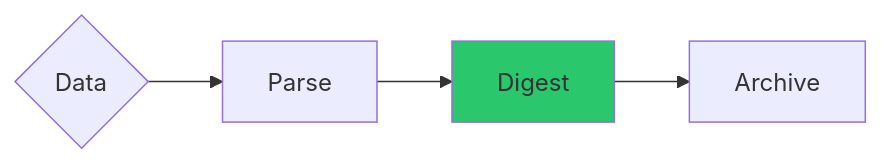
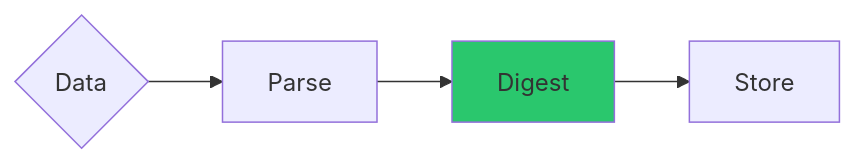
One commit to somedatapacket/docs.humio.com changed the fourth of 6 diagrams in content/concepts/ingest-flow.md. Above: the diagram before and after it, drawn with Mermaid. The commit also changed other lines of this file and 6 other files, not shown here.

Commit message:
Work on ingest flow and rule explinations

```diff
--- a/content/concepts/ingest-flow.md
+++ b/content/concepts/ingest-flow.md
@@ -80,7 +82,7 @@
 {{<mermaid align="center">}}
 graph LR;
   Data{"Data"} --> Parse
   Parse --> Digest
-  Digest --> Archive
+  Digest --> Store
 style Digest fill:#2ac76d;
 {{< /mermaid >}}
```
